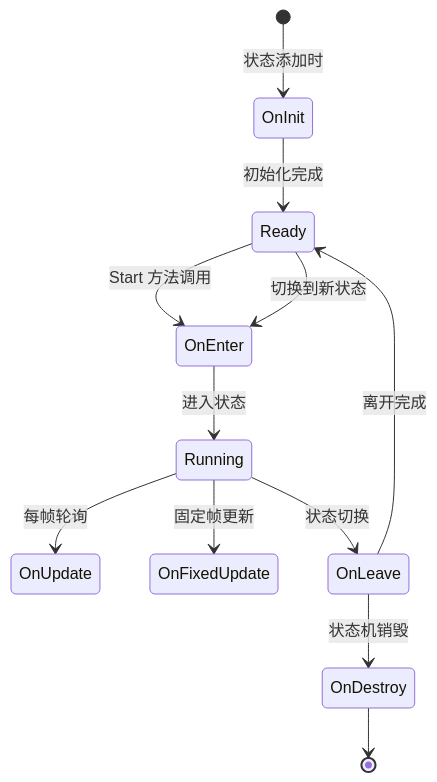
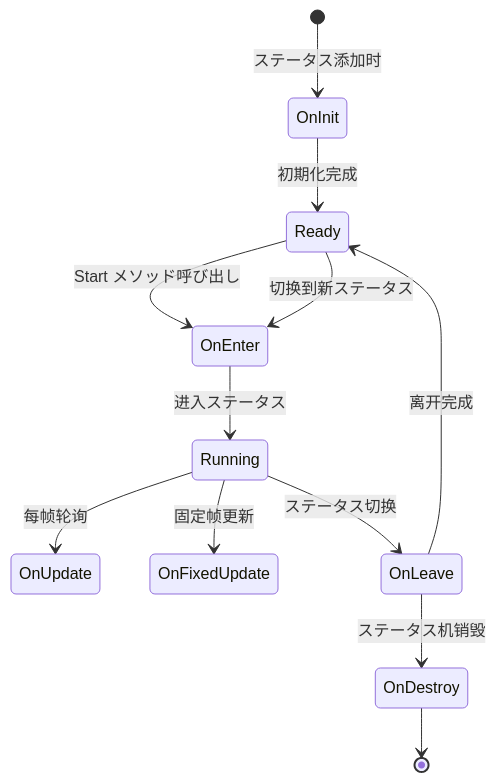
Before and after one commit to AlianBlank/GameFrameX.Docs: the third of 4 diagrams in docs/ja/client/unity/component/fsm/01.overview.md, drawn with Mermaid. The commit also changed other lines of this file and 603 other files, not shown here.

````diff
--- a/docs/ja/client/unity/component/fsm/01.overview.md
+++ b/docs/ja/client/unity/component/fsm/01.overview.md
@@ -140,14 +140,14 @@
 ```mermaid
 stateDiagram-v2
-    [*] --> OnInit: 状态添加时
-    OnInit --> Ready: 初始化完成
-    Ready --> OnEnter: Start 方法调用
-    OnEnter --> Running: 进入状态
+    [*] --> OnInit: ステータス添加时
+    OnInit --> Ready: 初期化完成
+    Ready --> OnEnter: Start メソッド呼び出し
+    OnEnter --> Running: 进入ステータス
     Running --> OnUpdate: 每帧轮询
     Running --> OnFixedUpdate: 固定帧更新
-    Running --> OnLeave: 状态切换
+    Running --> OnLeave: ステータス切换
     OnLeave --> Ready: 离开完成
-    Ready --> OnEnter: 切换到新状态
-    OnLeave --> OnDestroy: 状态机销毁
+    Ready --> OnEnter: 切换到新ステータス
+    OnLeave --> OnDestroy: ステータス机销毁
     OnDestroy --> [*]
 ```
````
